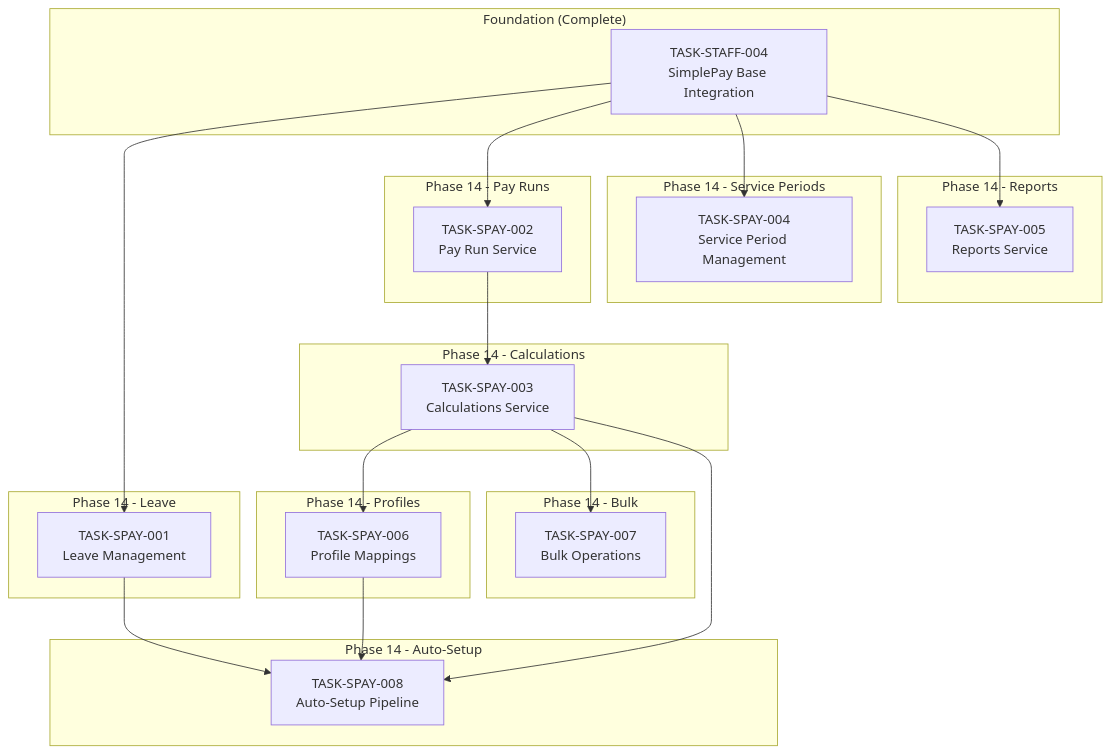
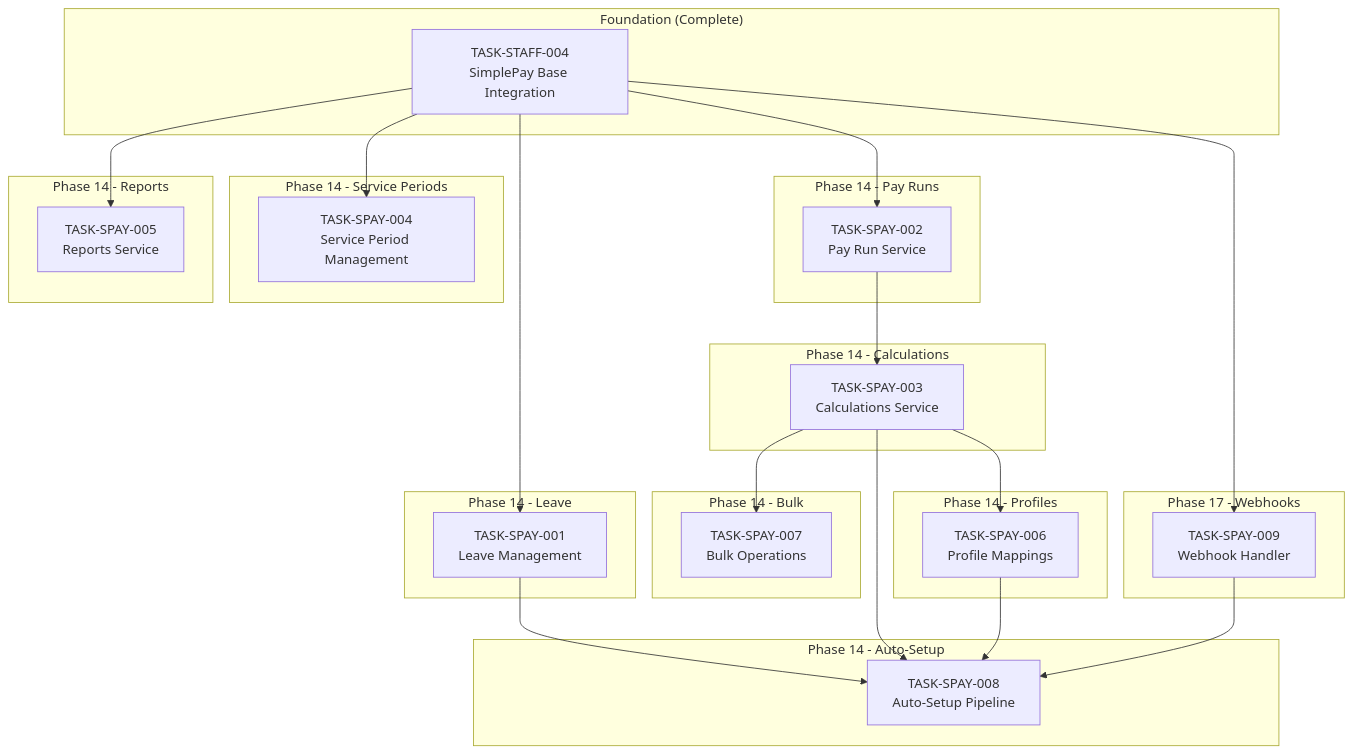
One commit to Smashkat12/crechebooks changed the diagram in specs/tasks/_traceability.md. Above: the diagram before and after it, drawn with Mermaid. The commit also changed other lines of this file and 18 other files, not shown here.

````diff
--- a/specs/tasks/_traceability.md
+++ b/specs/tasks/_traceability.md
@@ -169,49 +179,55 @@
 ```mermaid
 graph TD
     subgraph "Foundation (Complete)"
         A[TASK-STAFF-004<br/>SimplePay Base Integration]
     end
 
     subgraph "Phase 14 - Leave"
         B[TASK-SPAY-001<br/>Leave Management]
     end
 
     subgraph "Phase 14 - Pay Runs"
         C[TASK-SPAY-002<br/>Pay Run Service]
     end
 
     subgraph "Phase 14 - Calculations"
         D[TASK-SPAY-003<br/>Calculations Service]
     end
 
     subgraph "Phase 14 - Service Periods"
         E[TASK-SPAY-004<br/>Service Period Management]
     end
 
     subgraph "Phase 14 - Reports"
         F[TASK-SPAY-005<br/>Reports Service]
     end
 
     subgraph "Phase 14 - Profiles"
         G[TASK-SPAY-006<br/>Profile Mappings]
     end
 
     subgraph "Phase 14 - Bulk"
         H[TASK-SPAY-007<br/>Bulk Operations]
     end
 
     subgraph "Phase 14 - Auto-Setup"
         I[TASK-SPAY-008<br/>Auto-Setup Pipeline]
     end
 
+    subgraph "Phase 17 - Webhooks"
+        J[TASK-SPAY-009<br/>Webhook Handler]
+    end
+
     A --> B
     A --> C
     A --> E
     C --> D
     D --> G
     D --> H
     A --> F
     B --> I
     D --> I
     G --> I
+    A --> J
+    J --> I
 ```
````
